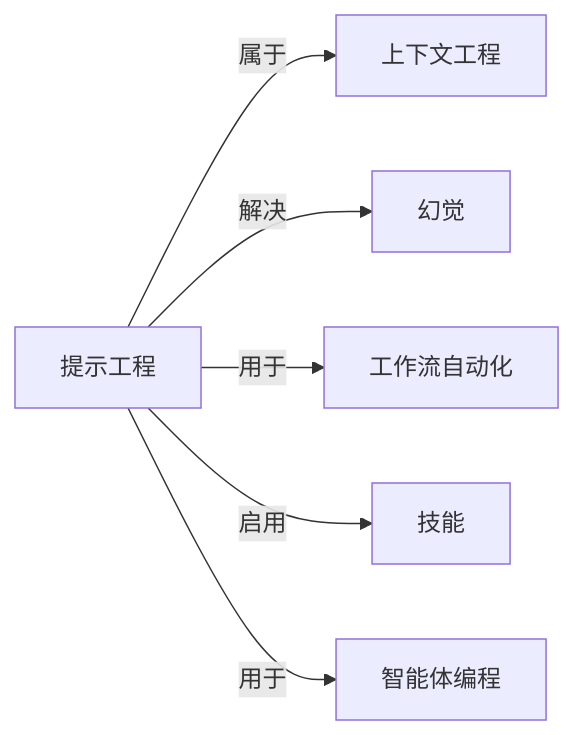
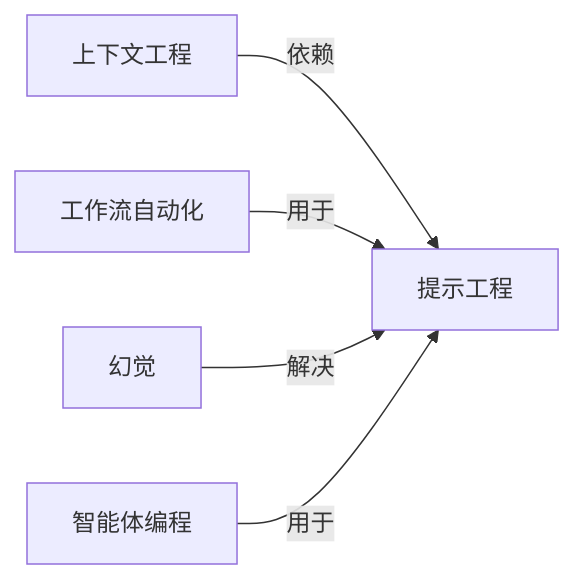
Before and after one commit to yibie/claude-best-practices-zh: the diagram in wiki/提示工程.md, drawn with Mermaid. The commit also changed other lines of this file and 407 other files, not shown here.

Commit message:
feat: DeepSeek 三遍审校（译文/关系/图谱）+ 可部署静态站点

````diff
--- a/wiki/提示工程.md
+++ b/wiki/提示工程.md
@@ -48,9 +48,8 @@
 ```mermaid
 graph LR
   C["提示工程"]
-  C -->|属于| N0["上下文工程"]
-  C -->|解决| N1["幻觉"]
-  C -->|用于| N2["工作流自动化"]
-  C -->|启用| N3["技能"]
-  C -->|用于| N4["智能体编程"]
+  N0["上下文工程"] -->|依赖| C
+  N1["工作流自动化"] -->|用于| C
+  N2["幻觉"] -->|解决| C
+  N3["智能体编程"] -->|用于| C
 ```
````
